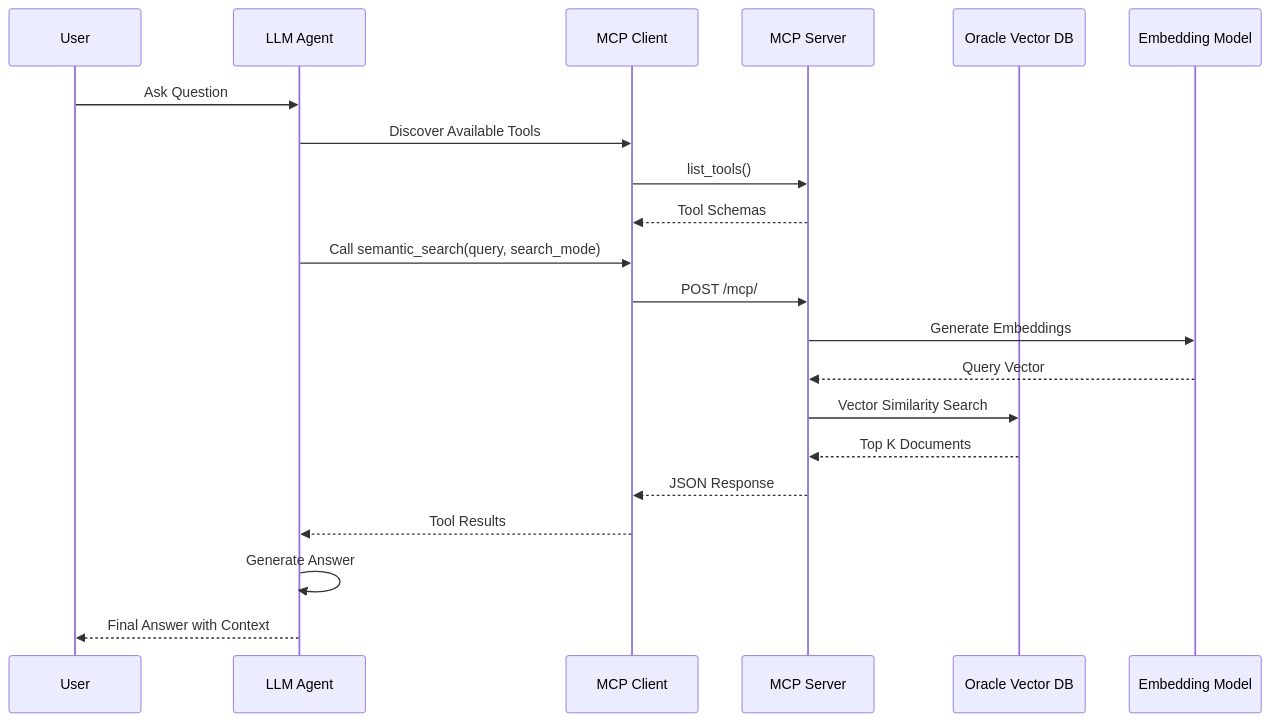
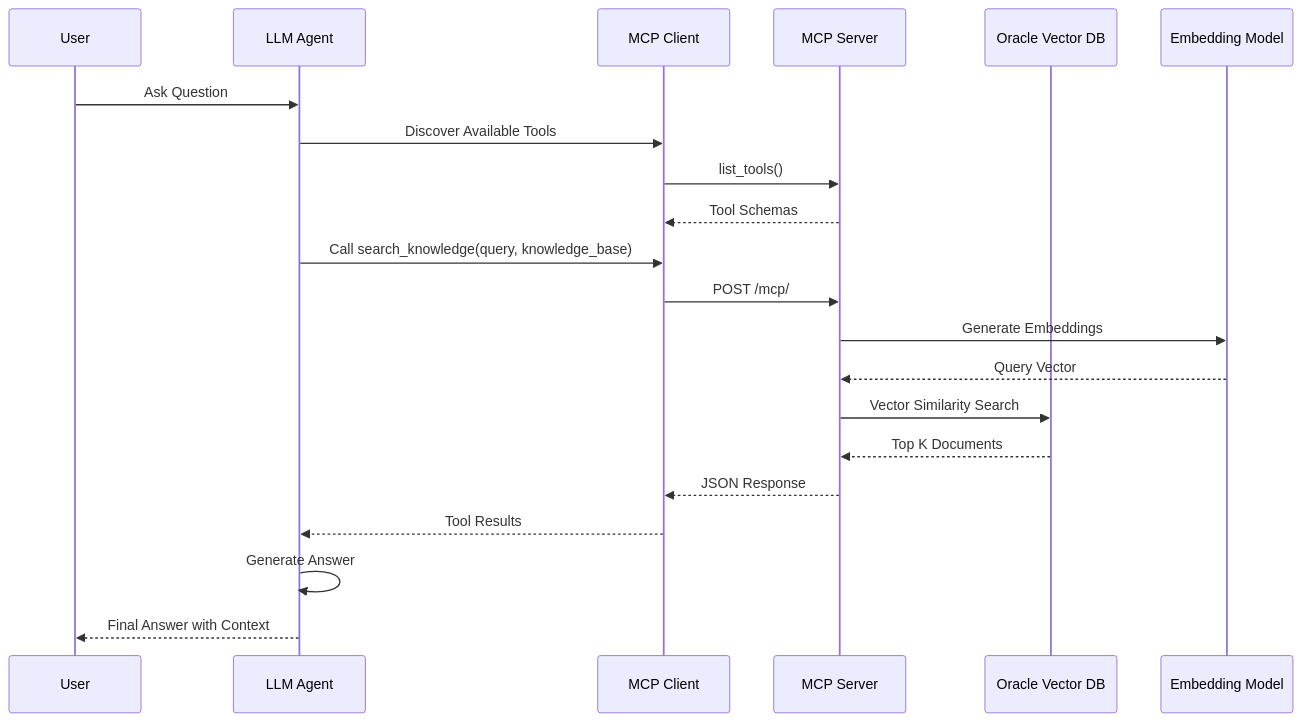
One commit to varunyn/Oracle-26ai-LangChain-RAG changed the diagram in README.md. Above: the diagram before and after it, drawn with Mermaid. The commit also changed other lines of this file and 53 other files, not shown here.

````diff
--- a/README.md
+++ b/README.md
@@ -346,26 +346,26 @@
 ```mermaid
 sequenceDiagram
     participant User
     participant LLM as LLM Agent
     participant Client as MCP Client
     participant Server as MCP Server
     participant DB as Oracle Vector DB
     participant Embed as Embedding Model
 
     User->>LLM: Ask Question
     LLM->>Client: Discover Available Tools
     Client->>Server: list_tools()
     Server-->>Client: Tool Schemas
 
-    LLM->>Client: Call semantic_search(query, search_mode)
+    LLM->>Client: Call search_knowledge(query, knowledge_base)
     Client->>Server: POST /mcp/
 
     Server->>Embed: Generate Embeddings
     Embed-->>Server: Query Vector
     Server->>DB: Vector Similarity Search
     DB-->>Server: Top K Documents
     Server-->>Client: JSON Response
     Client-->>LLM: Tool Results
     LLM->>LLM: Generate Answer
     LLM-->>User: Final Answer with Context
 ```
````
